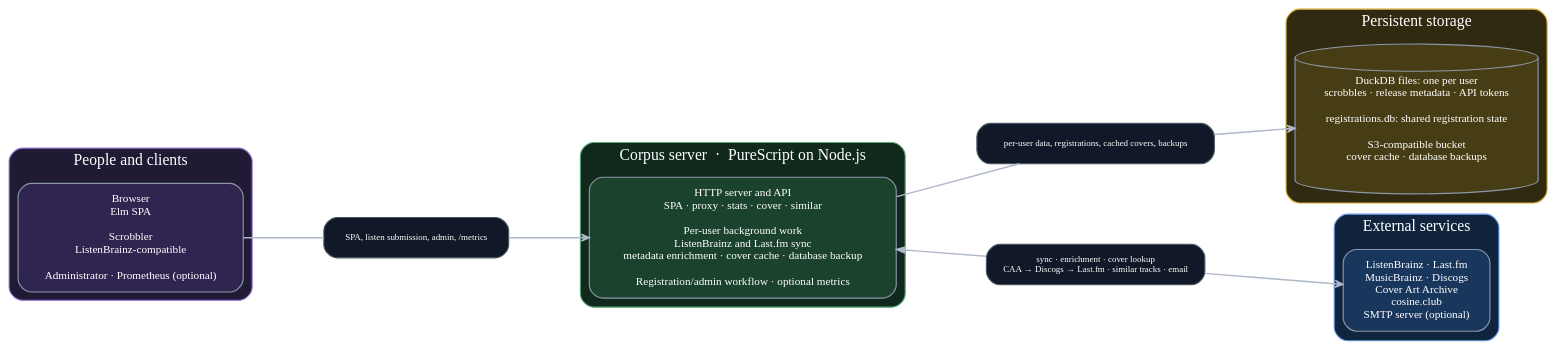
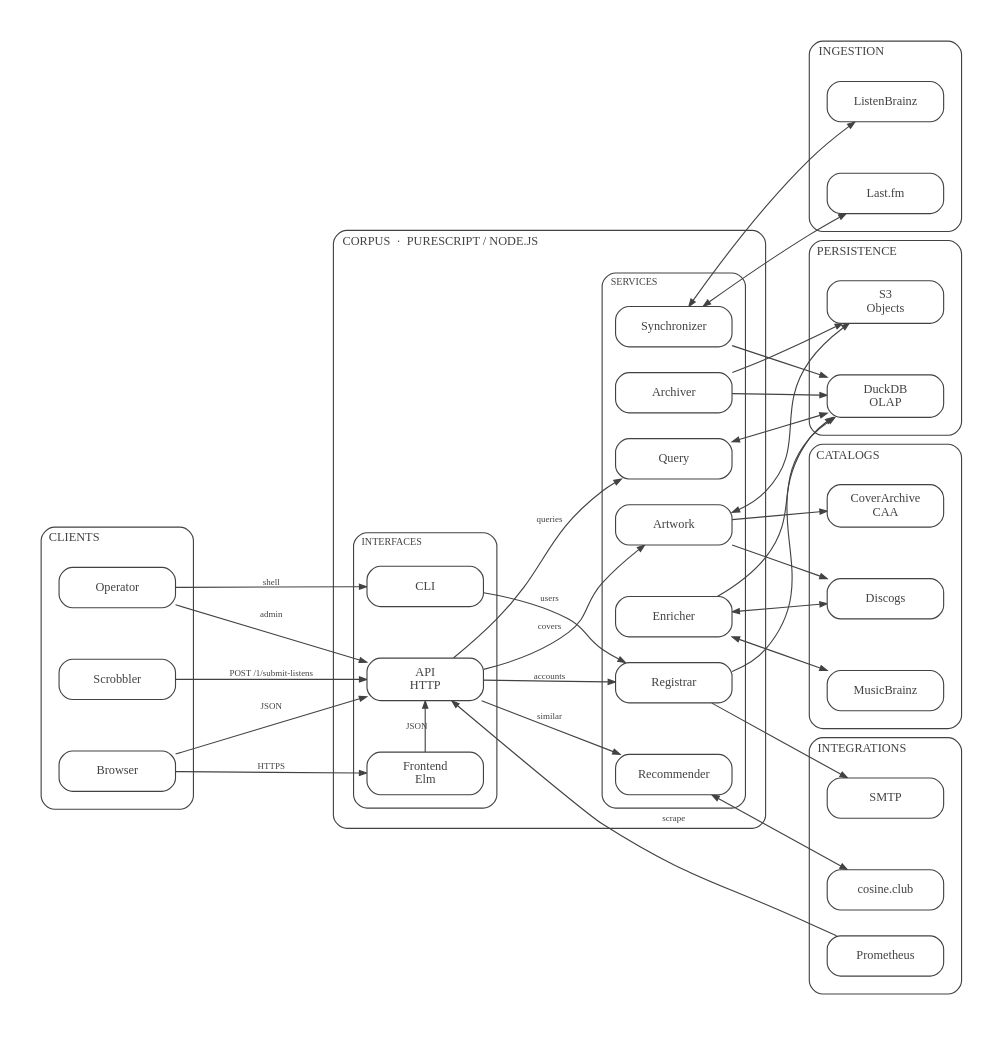
Before and after one commit to mtmn/corpus: the diagram in docs/architecture.dot, drawn with Graphviz. The commit also changed 2 other files, not shown here.

Commit message:
chore: update nix flakes, update arch diagram

```diff
--- a/docs/architecture.dot
+++ b/docs/architecture.dot
@@ -1,102 +1,209 @@
-digraph corpus {
+digraph corpus_architecture {
     graph [
         rankdir=LR
-        bgcolor="transparent"
-        nodesep=0.7
-        ranksep=1.0
-        pad=0.2
-        fontname="Atkinson Hyperlegible Mono"
-        fontcolor="#e8edf5"
+        bgcolor="#ffffff"
+        pad=0.30
+        nodesep=0.32
+        ranksep=1.15
+        splines=spline
+        compound=true
+        newrank=true
+        outputorder=edgesfirst
+        fontname="Intel Mono"
+        fontcolor="#424242"
     ]
 
     node [
-        fontname="Atkinson Hyperlegible Mono"
-        fontsize=10
         shape=box
         style="rounded,filled"
-        color="#8b97a8"
-        fontcolor="#ffffff"
-        margin="0.18,0.12"
+        color="#424242"
+        fillcolor="#ffffff"
+        fontname="Intel Mono"
+        fontsize=11
+        fontcolor="#424242"
+        margin="0.18,0.10"
+        penwidth=1.0
+        width=1.45
     ]
+
     edge [
-        fontname="Atkinson Hyperlegible Mono"
+        color="#424242"
+        fontcolor="#424242"
+        fontname="Intel Mono"
         fontsize=8
-        color="#aeb8c7"
-        fontcolor="#d5dce7"
-        arrowhead=vee
-        arrowsize=0.7
-        penwidth=1.25
+        arrowsize=0.65
+        penwidth=1.0
     ]
 
     subgraph cluster_clients {
-        label="People and clients"
+        label="CLIENTS"
+        labelloc=t
+        labeljust=l
         style="rounded,filled"
-        fillcolor="#201a35"
-        color="#9879dc"
-        fontcolor="#ffffff"
-        Clients [
-            label="Browser\nElm SPA\n\nScrobbler\nListenBrainz-compatible\n\nAdministrator · Prometheus (optional)"
-            fillcolor="#302550"
-        ]
+        color="#424242"
+        fillcolor="#ffffff"
+        fontcolor="#424242"
+        fontsize=11
+        margin=16
+
+        Browser
+        Scrobbler
+        Operator
+        { rank=same; Browser; Scrobbler; Operator }
+        Browser -> Scrobbler -> Operator [style=invis, weight=30]
     }
 
-    subgraph cluster_server {
-        label="Corpus server  ·  PureScript on Node.js"
+    subgraph cluster_corpus {
+        label="CORPUS  ·  PURESCRIPT / NODE.JS"
+        labelloc=t
+        labeljust=l
         style="rounded,filled"
-        fillcolor="#11291d"
-        color="#59aa76"
-        fontcolor="#ffffff"
-        Corpus [
-            label="HTTP server and API\nSPA · proxy · stats · cover · similar\n\nPer-user background work\nListenBrainz and Last.fm sync\nmetadata enrichment · cover cache · database backup\n\nRegistration/admin workflow · optional metrics"
-            fillcolor="#1b422d"
-        ]
+        color="#424242"
+        fillcolor="#ffffff"
+        fontcolor="#424242"
+        fontsize=11
+        margin=18
+
+        subgraph cluster_interfaces {
+            label="INTERFACES"
+            labelloc=t
+            labeljust=l
+            style="rounded,filled"
+            color="#424242"
+            fillcolor="#ffffff"
+            fontcolor="#424242"
+            fontsize=9
+            margin=12
+
+            Frontend [label="Frontend\nElm"]
+            API [label="API\nHTTP"]
+            CLI
+            { rank=same; Frontend; API; CLI }
+            Frontend -> API -> CLI [style=invis, weight=30]
+        }
+
+        subgraph cluster_services {
+            label="SERVICES"
+            labelloc=t
+            labeljust=l
+            style="rounded,filled"
+            color="#424242"
+            fillcolor="#ffffff"
+            fontcolor="#424242"
+            fontsize=9
+            margin=12
+
+            Synchronizer
+            Query
+            Enricher
+            Artwork
+            Recommender
+            Registrar
+            Archiver
+            { rank=same; Synchronizer; Query; Enricher; Artwork; Recommender; Registrar; Archiver }
+            Synchronizer -> Query -> Enricher -> Artwork -> Recommender -> Registrar -> Archiver [style=invis, weight=30]
+        }
     }
 
-    subgraph cluster_storage {
-        label="Persistent storage"
+    subgraph cluster_persistence {
+        label="PERSISTENCE"
+        labelloc=t
+        labeljust=l
         style="rounded,filled"
-        fillcolor="#302a10"
-        color="#d2aa35"
-        fontcolor="#ffffff"
-        Storage [
-            label="DuckDB files: one per user\nscrobbles · release metadata · API tokens\n\nregistrations.db: shared registration state\n\nS3-compatible bucket\ncover cache · database backups"
-            shape=cylinder
-            fillcolor="#473d15"
-        ]
+        color="#424242"
+        fillcolor="#ffffff"
+        fontcolor="#424242"
+        fontsize=11
+        margin=16
+
+        DuckDB [label="DuckDB\nOLAP"]
+        S3 [label="S3\nObjects"]
+        { rank=same; DuckDB; S3 }
+        DuckDB -> S3 [style=invis, weight=30]
     }
 
-    subgraph cluster_external {
-        label="External services"
+    subgraph cluster_ingestion {
+        label="INGESTION"
+        labelloc=t
+        labeljust=l
         style="rounded,filled"
-        fillcolor="#11243e"
-        color="#6396e7"
-        fontcolor="#ffffff"
-        External [
-            label="ListenBrainz · Last.fm\nMusicBrainz · Discogs\nCover Art Archive\ncosine.club\nSMTP server (optional)"
-            fillcolor="#19365d"
-        ]
+        color="#424242"
+        fillcolor="#ffffff"
+        fontcolor="#424242"
+        fontsize=11
+        margin=16
+
+        ListenBrainz
+        LastFM [label="Last.fm"]
+        { rank=same; ListenBrainz; LastFM }
+        ListenBrainz -> LastFM [style=invis, weight=30]
     }
 
-    // Model labels as nodes so connection lines cannot cross their text.
-    node [
-        shape=box
+    subgraph cluster_catalogs {
+        label="CATALOGS"
+        labelloc=t
+        labeljust=l
         style="rounded,filled"
-        color="#4b5563"
-        fillcolor="#111827"
-        fontcolor="#ffffff"
-        fontsize=8
-        margin="0.1,0.06"
-    ]
-    ClientFlow [label="SPA, listen submission, admin, /metrics"]
-    StorageFlow [label="per-user data, registrations, cached covers, backups"]
-    ExternalFlow [
-        label="sync · enrichment · cover lookup\nCAA → Discogs → Last.fm · similar tracks · email"
-    ]
+        color="#424242"
+        fillcolor="#ffffff"
+        fontcolor="#424242"
+        fontsize=11
+        margin=16
 
-    Clients -> ClientFlow [arrowhead=none]
-    ClientFlow -> Corpus
-    Corpus -> StorageFlow [arrowhead=none]
-    StorageFlow -> Storage
-    Corpus -> ExternalFlow [dir=back]
-    ExternalFlow -> External
+        MusicBrainz
+        Discogs
+        CoverArchive [label="CoverArchive\nCAA"]
+        { rank=same; MusicBrainz; Discogs; CoverArchive }
+        MusicBrainz -> Discogs -> CoverArchive [style=invis, weight=30]
+    }
+
+    subgraph cluster_integrations {
+        label="INTEGRATIONS"
+        labelloc=t
+        labeljust=l
+        style="rounded,filled"
+        color="#424242"
+        fillcolor="#ffffff"
+        fontcolor="#424242"
+        fontsize=11
+        margin=16
+
+        Cosine [label="cosine.club"]
+        SMTP
+        Prometheus
+        { rank=same; Cosine; SMTP; Prometheus }
+        Cosine -> SMTP -> Prometheus [style=invis, weight=30]
+    }
+
+    Browser -> Frontend [label="HTTPS"]
+    Browser -> API [label="JSON"]
+    Scrobbler -> API [label="POST /1/submit-listens"]
+    Operator -> API [label="admin"]
+    Operator -> CLI [label="shell"]
+    Frontend -> API [label="JSON", constraint=false]
+
+    API -> Query [label="queries"]
+    API -> Artwork [label="covers"]
+    API -> Recommender [label="similar"]
+    API -> Registrar [label="accounts"]
+    CLI -> Registrar [label="users"]
+
+    Synchronizer -> ListenBrainz [dir=both]
+    Synchronizer -> LastFM [dir=both]
+    Synchronizer -> DuckDB
+    Query -> DuckDB [dir=both]
+    Enricher -> MusicBrainz [dir=both]
+    Enricher -> Discogs [dir=both]
+    Enricher -> DuckDB
+    Artwork -> CoverArchive
+    Artwork -> Discogs
+    Artwork -> S3 [dir=both]
+    Recommender -> Cosine [dir=both]
+    Registrar -> DuckDB
+    Registrar -> SMTP
+    Archiver -> DuckDB
+    Archiver -> S3
+    Prometheus -> API [label="scrape"]
+
+    { rank=same; DuckDB; S3; ListenBrainz; LastFM; MusicBrainz; Discogs; CoverArchive; Cosine; SMTP; Prometheus }
 }
```
